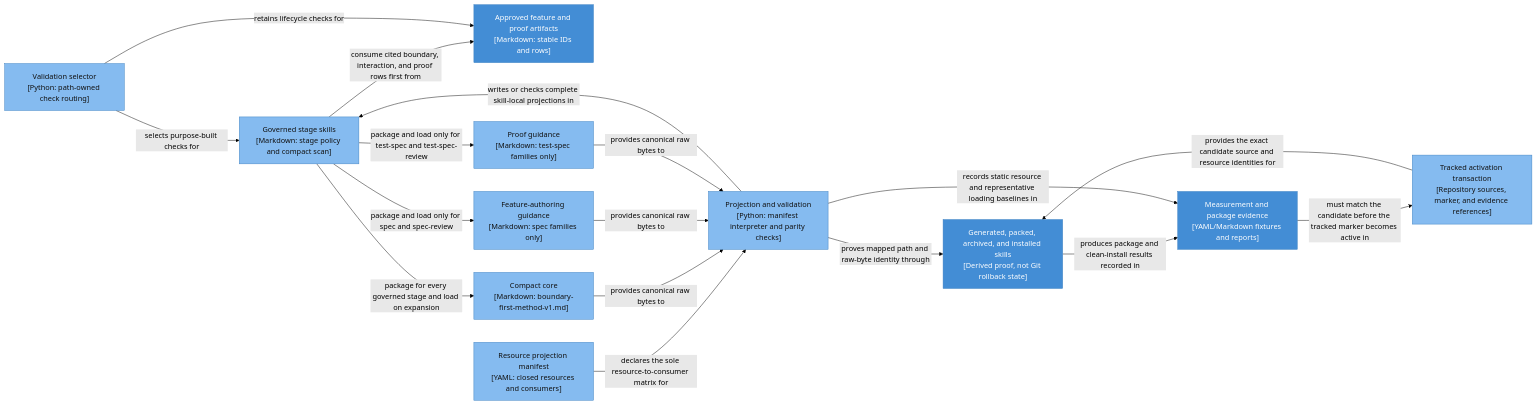
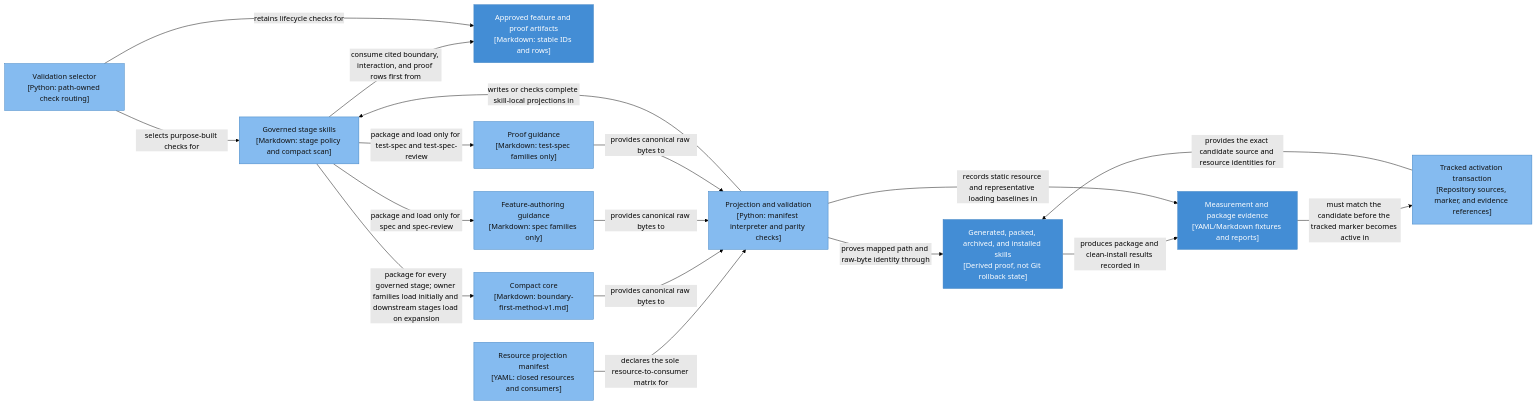
One commit to xiongxianfei/rigorloop changed the diagram in docs/architecture/system/diagrams/component-boundary-guidance.mmd. Above: the diagram before and after it, drawn with Mermaid (forest theme). The commit also changed 12 other files, not shown here.

Commit message:
fix: align canonical architecture lifecycle guidance

```diff
--- a/docs/architecture/system/diagrams/component-boundary-guidance.mmd
+++ b/docs/architecture/system/diagrams/component-boundary-guidance.mmd
@@ -1,35 +1,35 @@
 flowchart LR
   skills["Governed stage skills<br/>[Markdown: stage policy and compact scan]"]:::component
   artifacts["Approved feature and proof artifacts<br/>[Markdown: stable IDs and rows]"]:::container
   compact["Compact core<br/>[Markdown: boundary-first-method-v1.md]"]:::component
   authoring["Feature-authoring guidance<br/>[Markdown: spec families only]"]:::component
   proof["Proof guidance<br/>[Markdown: test-spec families only]"]:::component
   manifest["Resource projection manifest<br/>[YAML: closed resources and consumers]"]:::component
   projector["Projection and validation<br/>[Python: manifest interpreter and parity checks]"]:::component
   selector["Validation selector<br/>[Python: path-owned check routing]"]:::component
   activation["Tracked activation transaction<br/>[Repository sources, marker, and evidence references]"]:::component
   generated["Generated, packed, archived, and installed skills<br/>[Derived proof, not Git rollback state]"]:::container
   evidence["Measurement and package evidence<br/>[YAML/Markdown fixtures and reports]"]:::container
 
-  skills -->|package for every governed stage and load on expansion| compact
+  skills -->|package for every governed stage; owner families load initially and downstream stages load on expansion| compact
   skills -->|package and load only for spec and spec-review| authoring
   skills -->|package and load only for test-spec and test-spec-review| proof
   skills -->|consume cited boundary, interaction, and proof rows first from| artifacts
   manifest -->|declares the sole resource-to-consumer matrix for| projector
   compact -->|provides canonical raw bytes to| projector
   authoring -->|provides canonical raw bytes to| projector
   proof -->|provides canonical raw bytes to| projector
   projector -->|writes or checks complete skill-local projections in| skills
   projector -->|proves mapped path and raw-byte identity through| generated
   selector -->|selects purpose-built checks for| skills
   selector -->|retains lifecycle checks for| artifacts
   activation -->|provides the exact candidate source and resource identities for| generated
   generated -->|produces package and clean-install results recorded in| evidence
   evidence -->|must match the candidate before the tracked marker becomes active in| activation
   projector -->|records static resource and representative loading baselines in| evidence
 
   classDef person fill:#08427b,stroke:#073b6f,color:#fff
   classDef system fill:#1168bd,stroke:#0e5aa7,color:#fff
   classDef external fill:#999,stroke:#666,color:#fff
   classDef container fill:#438dd5,stroke:#3c7fc0,color:#fff
   classDef component fill:#85bbf0,stroke:#3c7fc0,color:#111
```
